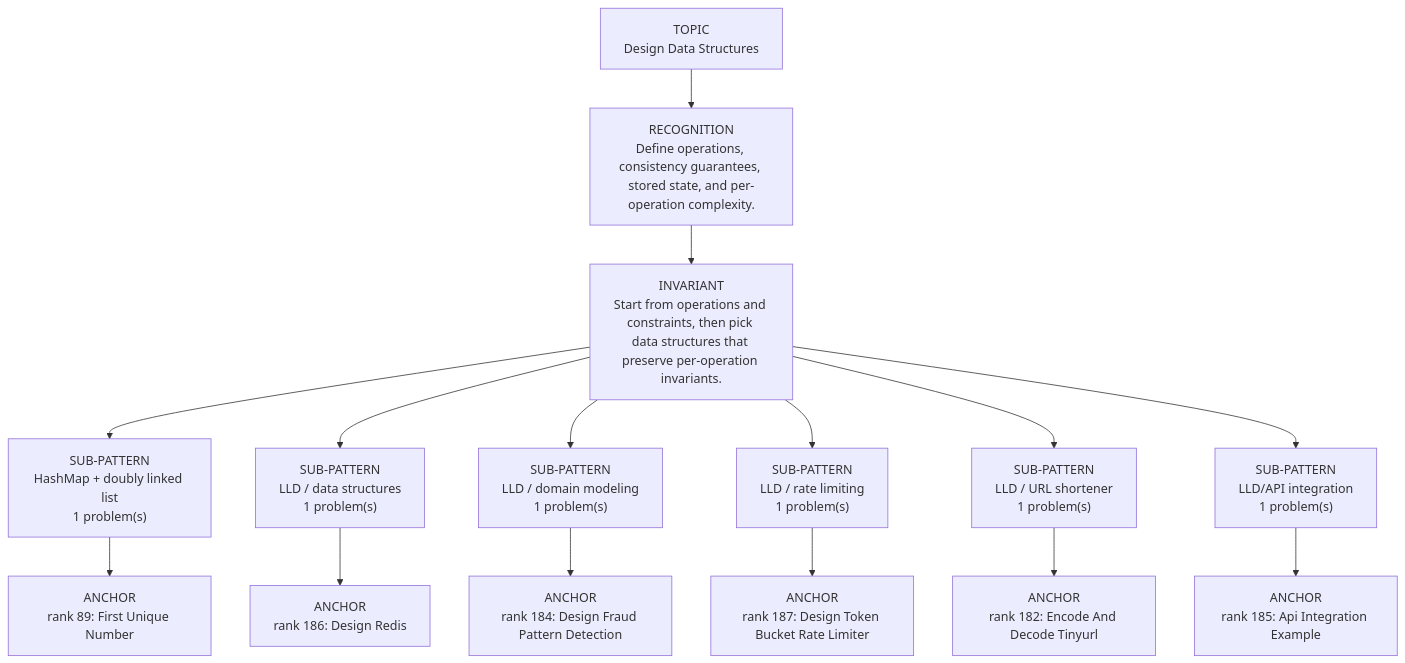
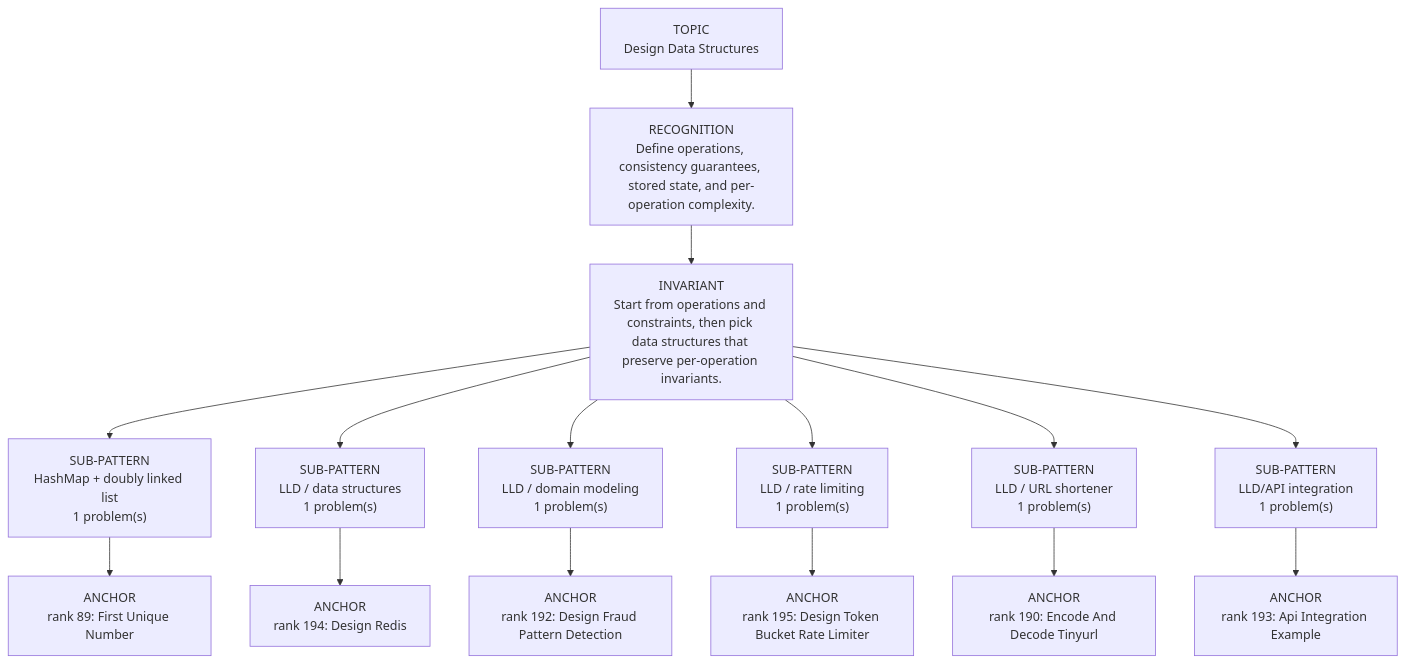
Before and after one commit to thechiranjeevjain/DSA10days: the diagram in dsa-review/interview/patterns/19_design_lld.md, drawn with Mermaid. The commit also changed other lines of this file and 61 other files, not shown here.

````diff
--- a/dsa-review/interview/patterns/19_design_lld.md
+++ b/dsa-review/interview/patterns/19_design_lld.md
@@ -15,19 +15,19 @@
 ```mermaid
 flowchart TD
   Topic["TOPIC<br/>Design Data Structures"]
   Recognition["RECOGNITION<br/>Define operations, consistency guarantees, stored state, and per-operation complexity."]
   Invariant["INVARIANT<br/>Start from operations and constraints, then pick data structures that preserve per-operation invariants."]
   Topic --> Recognition --> Invariant
   Invariant --> Sub01["SUB-PATTERN<br/>HashMap + doubly linked list<br/>1 problem(s)"]
   Sub01 --> Sub01A01["ANCHOR<br/>rank 89: First Unique Number"]
   Invariant --> Sub02["SUB-PATTERN<br/>LLD / data structures<br/>1 problem(s)"]
-  Sub02 --> Sub02A01["ANCHOR<br/>rank 186: Design Redis"]
+  Sub02 --> Sub02A01["ANCHOR<br/>rank 194: Design Redis"]
   Invariant --> Sub03["SUB-PATTERN<br/>LLD / domain modeling<br/>1 problem(s)"]
-  Sub03 --> Sub03A01["ANCHOR<br/>rank 184: Design Fraud Pattern Detection"]
+  Sub03 --> Sub03A01["ANCHOR<br/>rank 192: Design Fraud Pattern Detection"]
   Invariant --> Sub04["SUB-PATTERN<br/>LLD / rate limiting<br/>1 problem(s)"]
-  Sub04 --> Sub04A01["ANCHOR<br/>rank 187: Design Token Bucket Rate Limiter"]
+  Sub04 --> Sub04A01["ANCHOR<br/>rank 195: Design Token Bucket Rate Limiter"]
   Invariant --> Sub05["SUB-PATTERN<br/>LLD / URL shortener<br/>1 problem(s)"]
-  Sub05 --> Sub05A01["ANCHOR<br/>rank 182: Encode And Decode Tinyurl"]
+  Sub05 --> Sub05A01["ANCHOR<br/>rank 190: Encode And Decode Tinyurl"]
   Invariant --> Sub06["SUB-PATTERN<br/>LLD/API integration<br/>1 problem(s)"]
-  Sub06 --> Sub06A01["ANCHOR<br/>rank 185: Api Integration Example"]
+  Sub06 --> Sub06A01["ANCHOR<br/>rank 193: Api Integration Example"]
 ```
````
